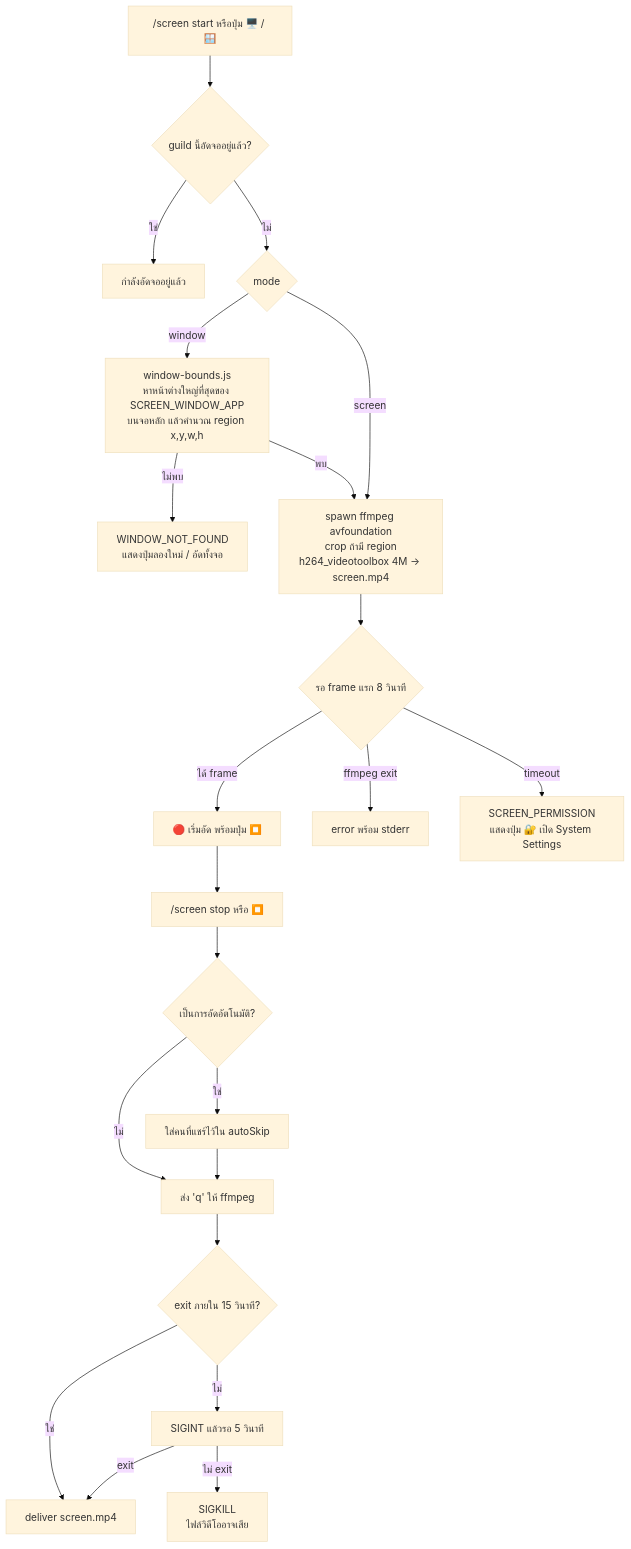
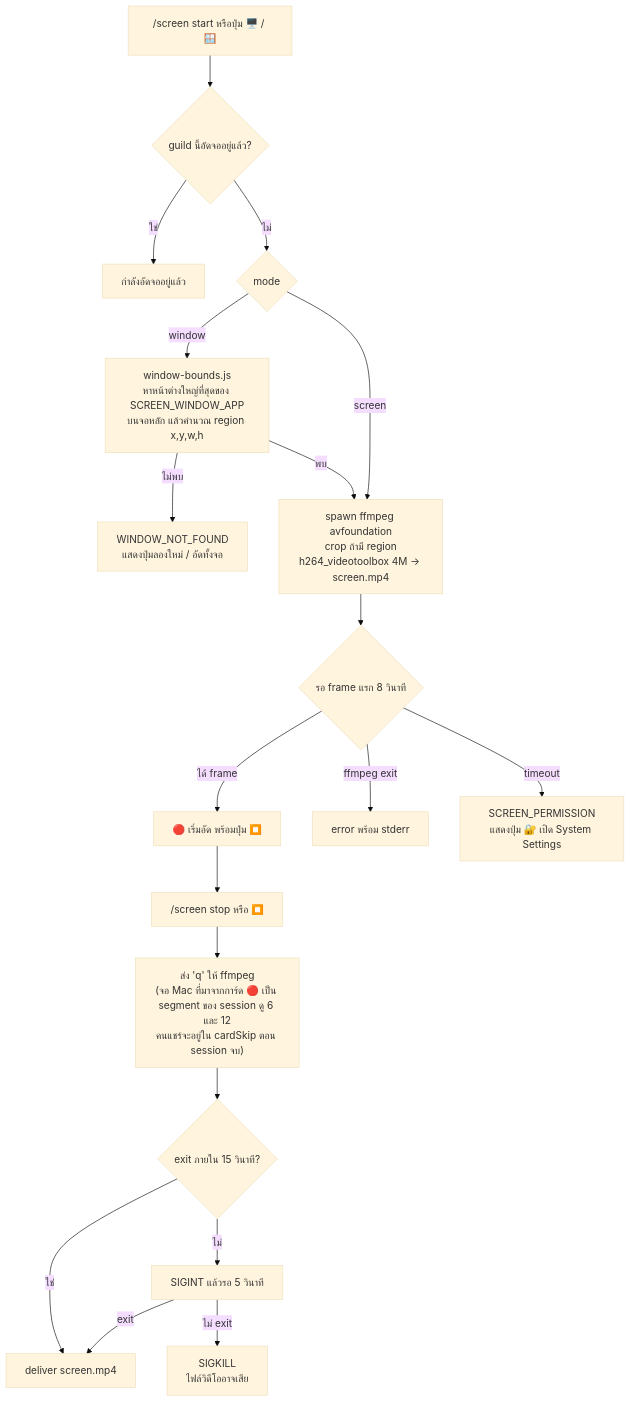
One commit to rtliz/discord-recorder changed the diagram in diagram/05-screen-recording.md. Above: the diagram before and after it, drawn with Mermaid (base theme). The commit also changed 69 other files, not shown here.

````diff
--- a/diagram/05-screen-recording.md
+++ b/diagram/05-screen-recording.md
@@ -3,25 +3,22 @@
 ```mermaid
 flowchart TD
     S["/screen start หรือปุ่ม 🖥️ / 🪟"] --> A{"guild นี้อัดจออยู่แล้ว?"}
     A -->|"ใช่"| A1["กำลังอัดจออยู่แล้ว"]
     A -->|"ไม่"| M{"mode"}
     M -->|"window"| W["window-bounds.js<br/>หาหน้าต่างใหญ่ที่สุดของ SCREEN_WINDOW_APP<br/>บนจอหลัก แล้วคำนวณ region x,y,w,h"]
     W -->|"ไม่พบ"| WE["WINDOW_NOT_FOUND<br/>แสดงปุ่มลองใหม่ / อัดทั้งจอ"]
     W -->|"พบ"| F
     M -->|"screen"| F["spawn ffmpeg avfoundation<br/>crop ถ้ามี region<br/>h264_videotoolbox 4M → screen.mp4"]
     F --> R{"รอ frame แรก 8 วินาที"}
     R -->|"ได้ frame"| OK["🔴 เริ่มอัด พร้อมปุ่ม ⏹️"]
     R -->|"ffmpeg exit"| E1["error พร้อม stderr"]
     R -->|"timeout"| E2["SCREEN_PERMISSION<br/>แสดงปุ่ม 🔐 เปิด System Settings"]
 
     OK --> STOP["/screen stop หรือ ⏹️"]
-    STOP --> AS{"เป็นการอัดอัตโนมัติ?"}
-    AS -->|"ใช่"| SKIP["ใส่คนที่แชร์ไว้ใน autoSkip"]
-    AS -->|"ไม่"| Q
-    SKIP --> Q["ส่ง 'q' ให้ ffmpeg"]
+    STOP --> Q["ส่ง 'q' ให้ ffmpeg<br/>(จอ Mac ที่มาจากการ์ด 🔴 เป็น segment ของ session ดู 6 และ 12<br/>คนแชร์จะอยู่ใน cardSkip ตอน session จบ)"]
     Q --> Q1{"exit ภายใน 15 วินาที?"}
     Q1 -->|"ใช่"| DL["deliver screen.mp4"]
     Q1 -->|"ไม่"| Q2["SIGINT แล้วรอ 5 วินาที"]
     Q2 -->|"exit"| DL
     Q2 -->|"ไม่ exit"| Q3["SIGKILL<br/>ไฟล์วิดีโออาจเสีย"]
 ```
````
